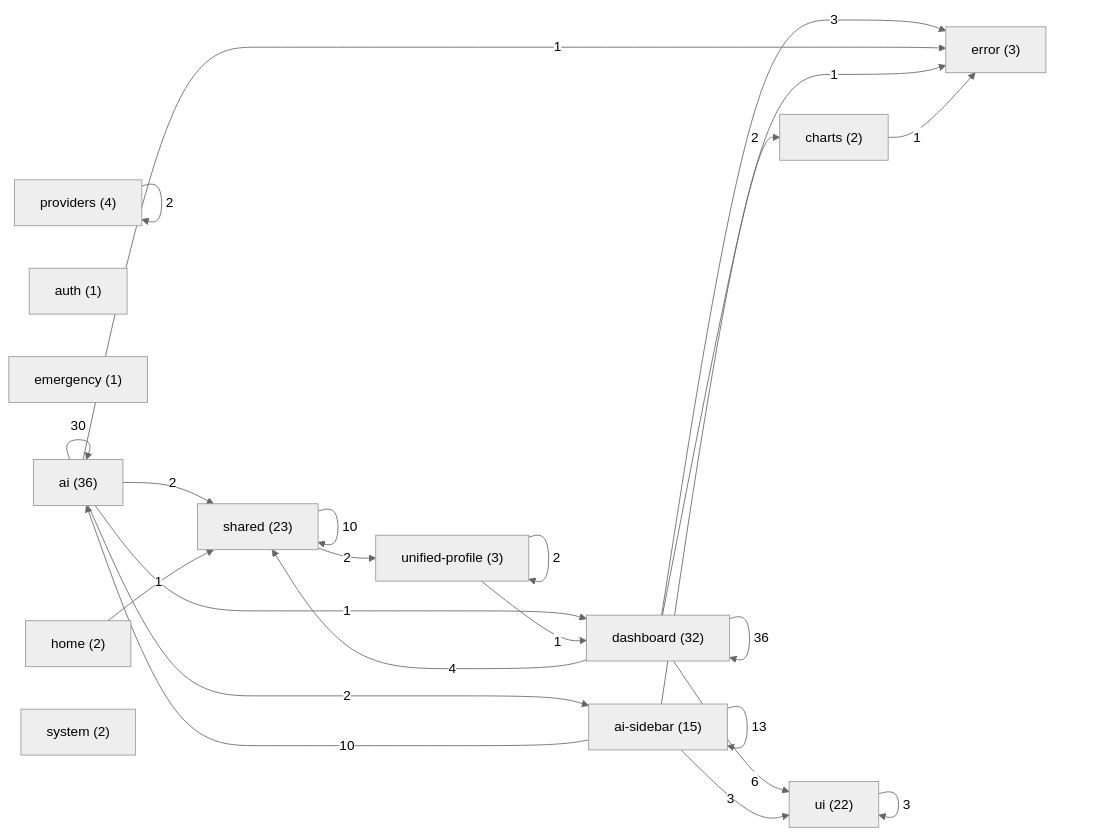
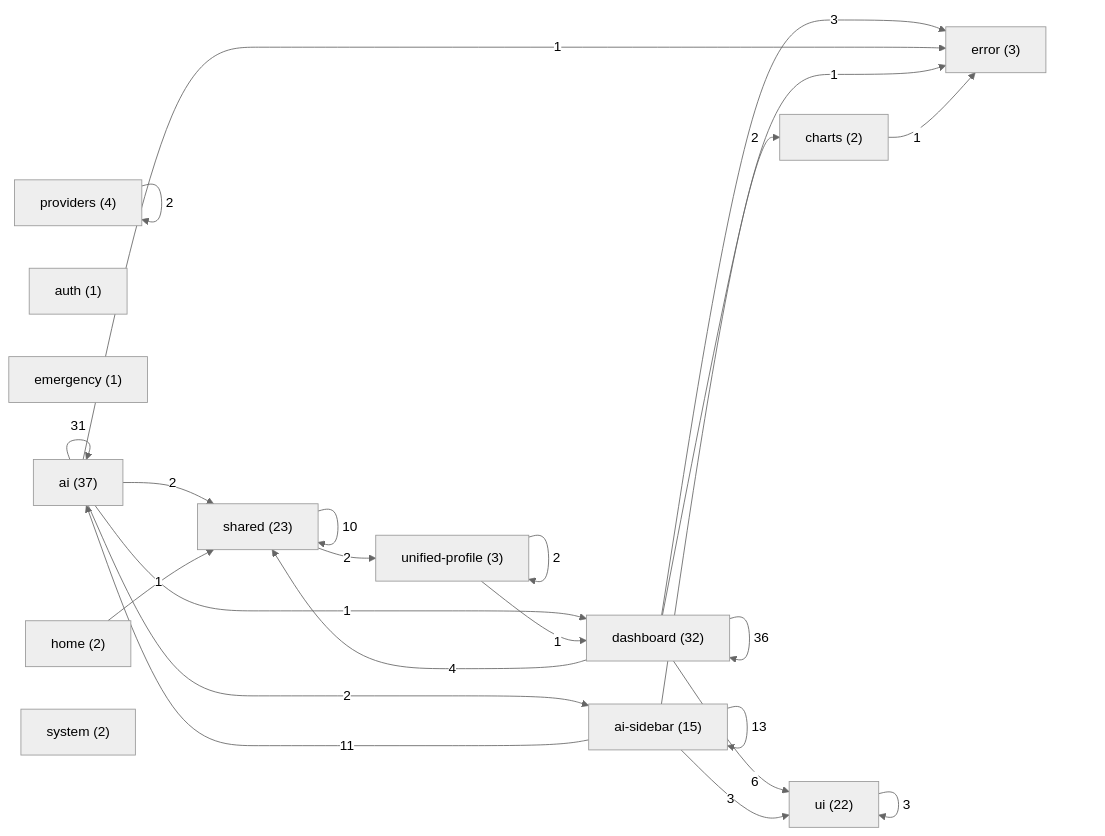
Before and after one commit to skyasu2/openmanager-ai: the diagram in docs/reference/architecture/system/component-dependency-map.md, drawn with Mermaid (neutral theme). The commit also changed other lines of this file and 1 other file, not shown here.

````diff
--- a/docs/reference/architecture/system/component-dependency-map.md
+++ b/docs/reference/architecture/system/component-dependency-map.md
@@ -66,38 +66,38 @@
 ```mermaid
 flowchart LR
-  d0["ai (36)"]
+  d0["ai (37)"]
   d1["ai-sidebar (15)"]
   d2["auth (1)"]
   d3["charts (2)"]
   d4["dashboard (32)"]
   d5["emergency (1)"]
   d6["error (3)"]
   d7["home (2)"]
   d8["providers (4)"]
   d9["shared (23)"]
   d10["system (2)"]
   d11["ui (22)"]
   d12["unified-profile (3)"]
   d4 -->|36| d4
-  d0 -->|30| d0
+  d0 -->|31| d0
   d1 -->|13| d1
-  d1 -->|10| d0
+  d1 -->|11| d0
   d9 -->|10| d9
   d4 -->|6| d11
   d4 -->|4| d9
   d1 -->|3| d11
   d4 -->|3| d6
   d11 -->|3| d11
   d0 -->|2| d1
   d0 -->|2| d9
   d4 -->|2| d3
   d8 -->|2| d8
   d9 -->|2| d12
   d12 -->|2| d12
   d0 -->|1| d4
   d0 -->|1| d6
   d1 -->|1| d6
   d3 -->|1| d6
   d7 -->|1| d9
   d12 -->|1| d4
 ```
````
